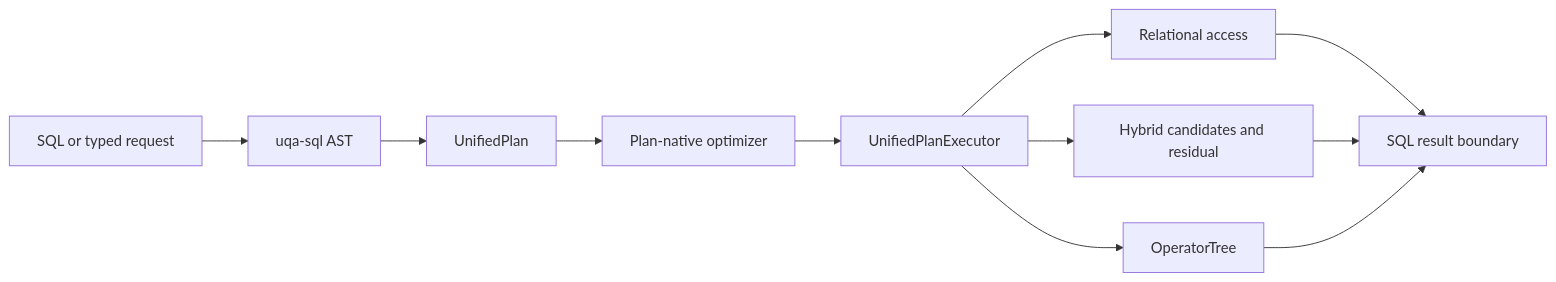
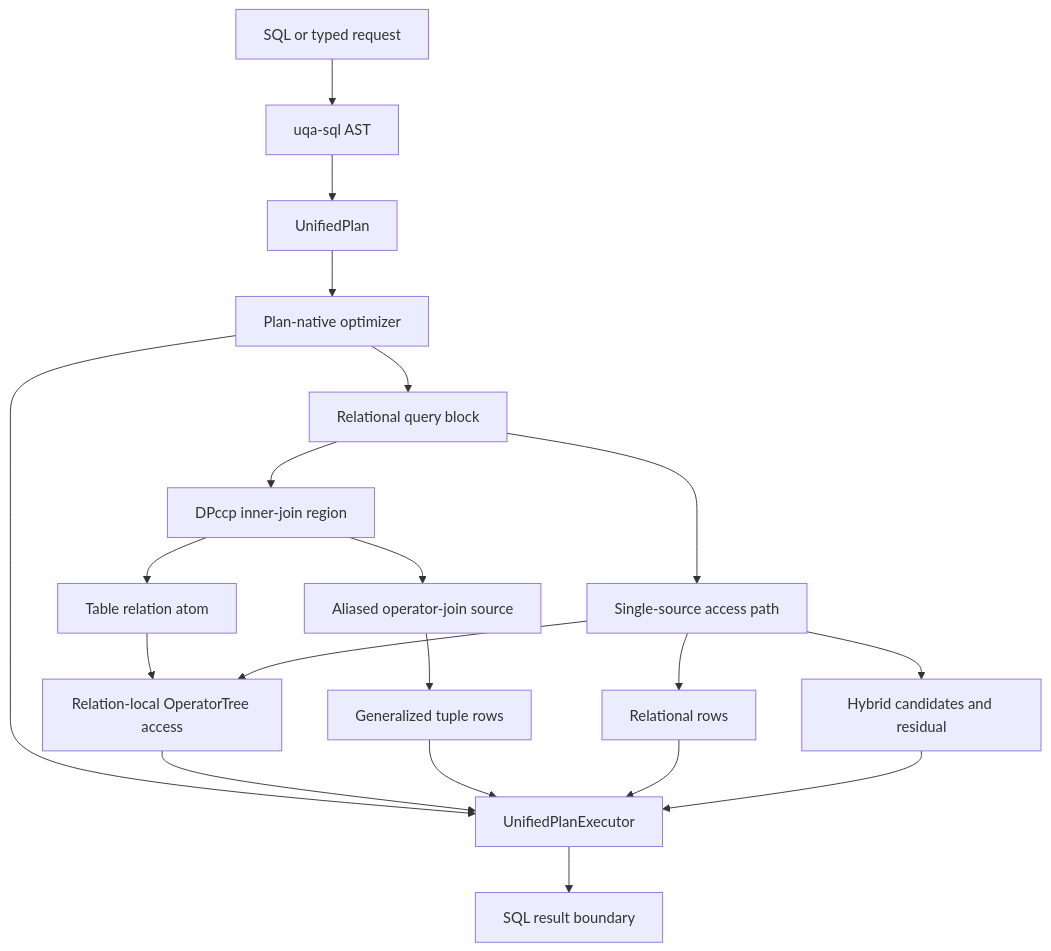
Before and after one commit to cognica-io/uqa-engine: the second of 2 diagrams in docs/manual/internals/01-architecture.md, drawn with Mermaid. The commit also changed other lines of this file and 39 other files, not shown here.

Commit message:
feat: integrate operator joins with DPccp planning

````diff
--- a/docs/manual/internals/01-architecture.md
+++ b/docs/manual/internals/01-architecture.md
@@ -126,13 +126,22 @@
 ```mermaid
-flowchart LR
+flowchart TD
     A[SQL or typed request] --> B[uqa-sql AST]
     B --> C[UnifiedPlan]
     C --> D[Plan-native optimizer]
-    D --> E[UnifiedPlanExecutor]
-    E --> F[Relational access]
-    E --> G[Hybrid candidates and residual]
-    E --> H[OperatorTree]
-    F --> I[SQL result boundary]
-    G --> I
-    H --> I
+    D --> E[Relational query block]
+    E --> F[DPccp inner-join region]
+    F --> G[Table relation atom]
+    G --> H[Relation-local OperatorTree access]
+    F --> I[Aliased operator-join source]
+    I --> J[Generalized tuple rows]
+    E --> K[Single-source access path]
+    K --> L[Relational rows]
+    K --> M[Hybrid candidates and residual]
+    K --> H
+    D --> N[UnifiedPlanExecutor]
+    H --> N
+    J --> N
+    L --> N
+    M --> N
+    N --> O[SQL result boundary]
 ```
````
